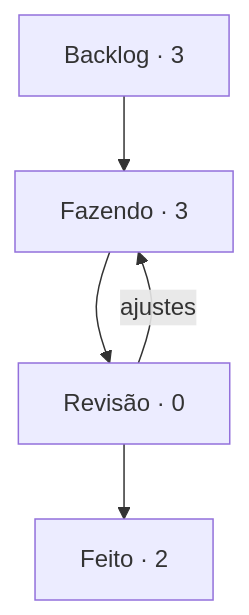
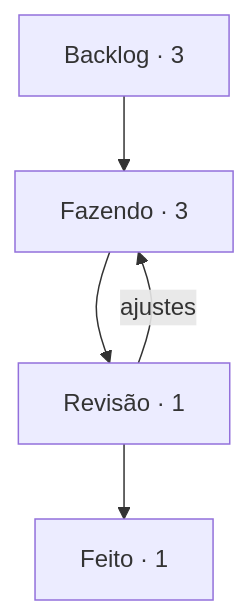
The diagram in BOARD.md (StudioVibi/VibiKanban), drawn with Mermaid before and after one commit. The commit also changed other lines of this file and 1 other file, not shown here.

Commit message:
board: VK-3 Feito → Revisão (@isabellaherman)

````diff
--- a/BOARD.md
+++ b/BOARD.md
@@ -5,10 +5,10 @@
 ```mermaid
 flowchart TD
   backlog["Backlog · 3"] --> doing["Fazendo · 3"]
-  doing --> review["Revisão · 0"]
-  review --> done["Feito · 2"]
+  doing --> review["Revisão · 1"]
+  review --> done["Feito · 1"]
   review -->|ajustes| doing
   doing:::blue
   review:::yellow
   done:::green
 ```
````
